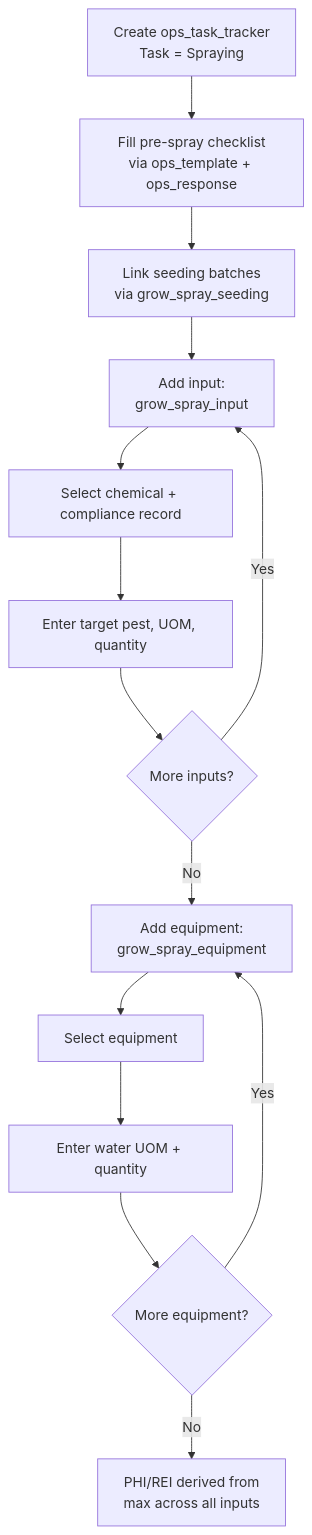
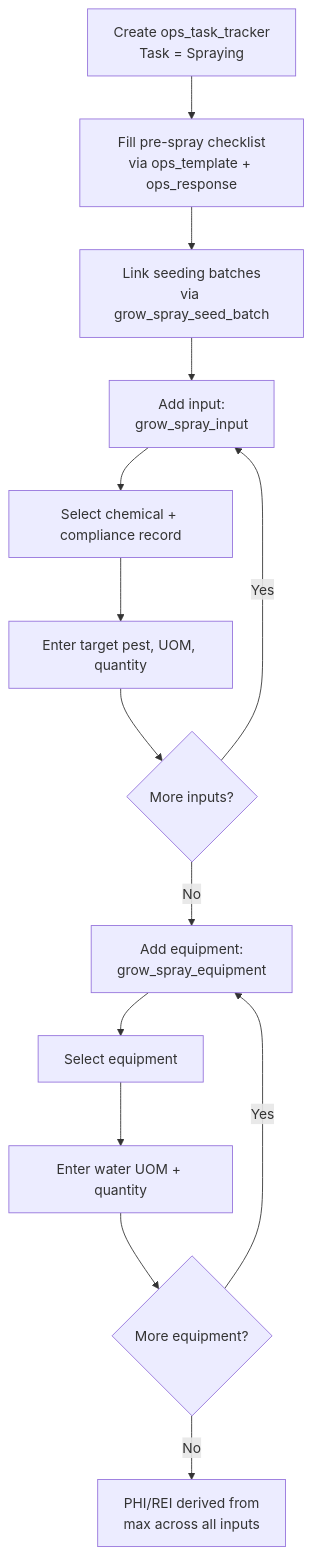
The diagram in docs/processes/20260324_06_grow_spraying_workflow.md (Hawaii-Farming/aloha-app), drawn with Mermaid before and after one commit. The commit also changed other lines of this file and 12 other files, not shown here.

````diff
--- a/docs/processes/20260324_06_grow_spraying_workflow.md
+++ b/docs/processes/20260324_06_grow_spraying_workflow.md
@@ -69,16 +69,16 @@
 ```mermaid
 flowchart TD
     A[Create ops_task_tracker\nTask = Spraying] --> B[Fill pre-spray checklist\nvia ops_template + ops_response]
-    B --> C[Link seeding batches\nvia grow_spray_seeding]
+    B --> C[Link seeding batches\nvia grow_spray_seed_batch]
     C --> D[Add input:\ngrow_spray_input]
     D --> D1[Select chemical + compliance record]
     D1 --> D2[Enter target pest, UOM, quantity]
     D2 --> D3{More inputs?}
     D3 -->|Yes| D
     D3 -->|No| E[Add equipment:\ngrow_spray_equipment]
     E --> E1[Select equipment]
     E1 --> E2[Enter water UOM + quantity]
     E2 --> E3{More equipment?}
     E3 -->|Yes| E
     E3 -->|No| F[PHI/REI derived from\nmax across all inputs]
 ```
````
